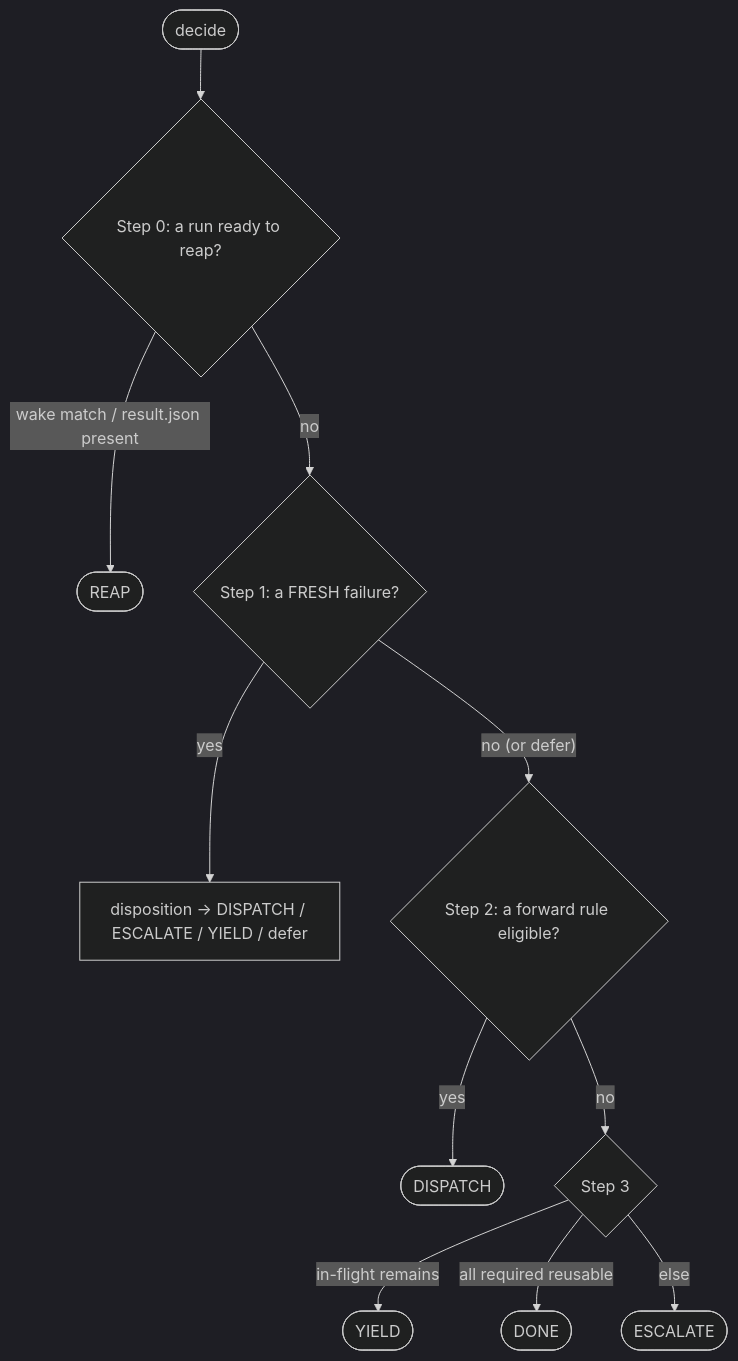
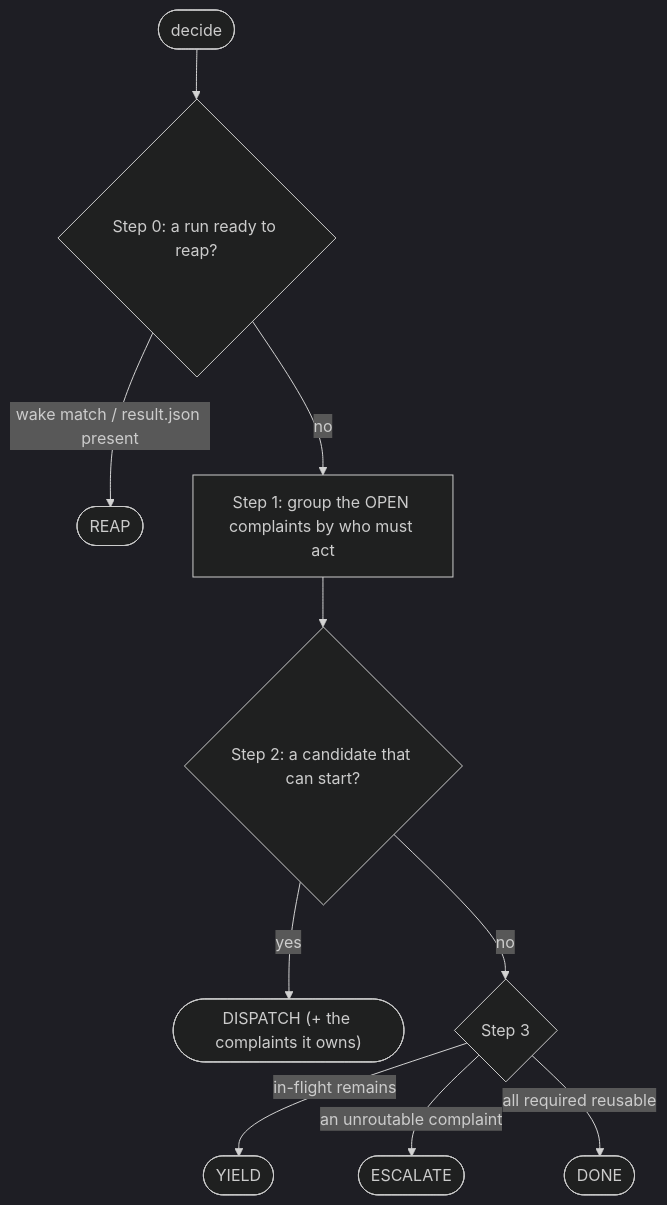
The diagram in ARCHITECTURE.md (chipweaver/veripower), drawn with Mermaid (dark theme) before and after one commit. The commit also changed other lines of this file and 30 other files, not shown here.

````diff
--- a/ARCHITECTURE.md
+++ b/ARCHITECTURE.md
@@ -324,13 +324,12 @@
 ```mermaid
 flowchart TD
     W(["decide"]) --> S0{"Step 0: a run ready to reap?"}
     S0 -- "wake match / result.json present" --> RP(["REAP"])
-    S0 -- no --> S1{"Step 1: a FRESH failure?"}
-    S1 -- yes --> DISP["disposition → DISPATCH / ESCALATE / YIELD / defer"]
-    S1 -- "no (or defer)" --> S2{"Step 2: a forward rule eligible?"}
-    S2 -- yes --> DSP(["DISPATCH"])
+    S0 -- no --> S1["Step 1: group the OPEN complaints by who must act"]
+    S1 --> S2{"Step 2: a candidate that can start?"}
+    S2 -- yes --> DSP(["DISPATCH (+ the complaints it owns)"])
     S2 -- no --> S3{"Step 3"}
     S3 -- "in-flight remains" --> Y(["YIELD"])
+    S3 -- "an unroutable complaint" --> ESC(["ESCALATE"])
     S3 -- "all required reusable" --> DONE(["DONE"])
-    S3 -- else --> ESC(["ESCALATE"])
 ```
````
